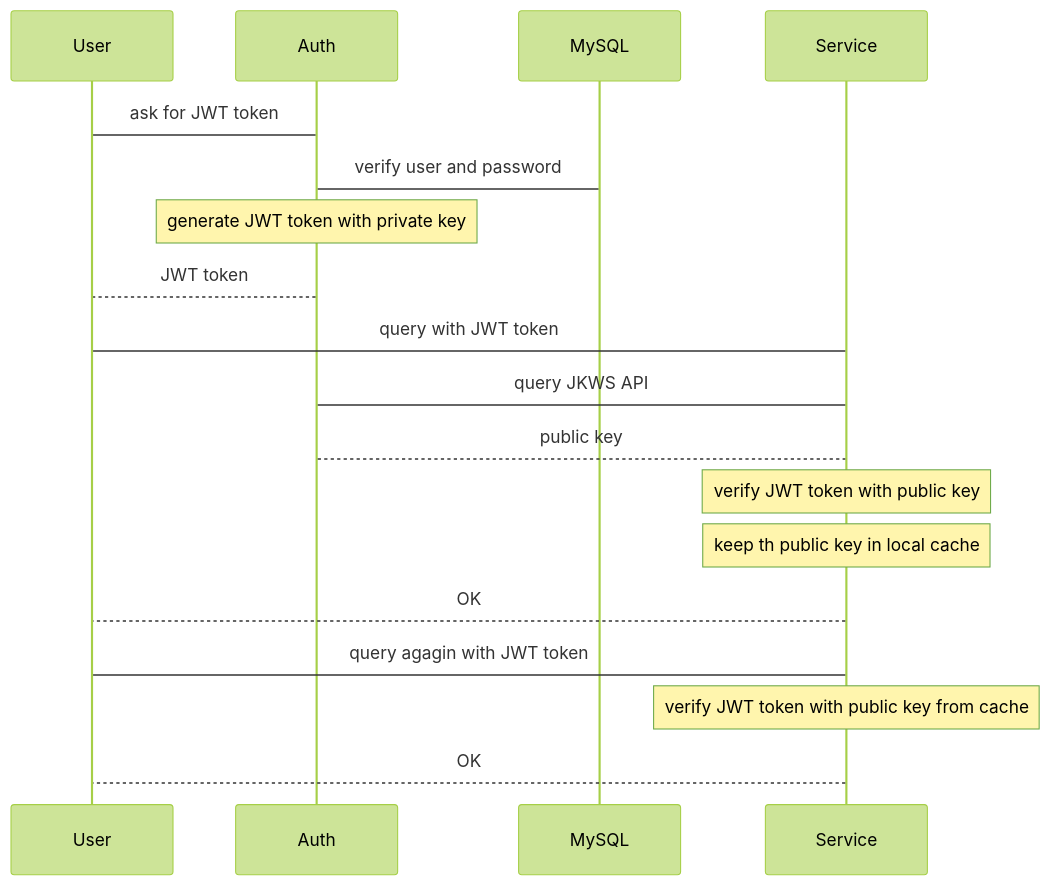
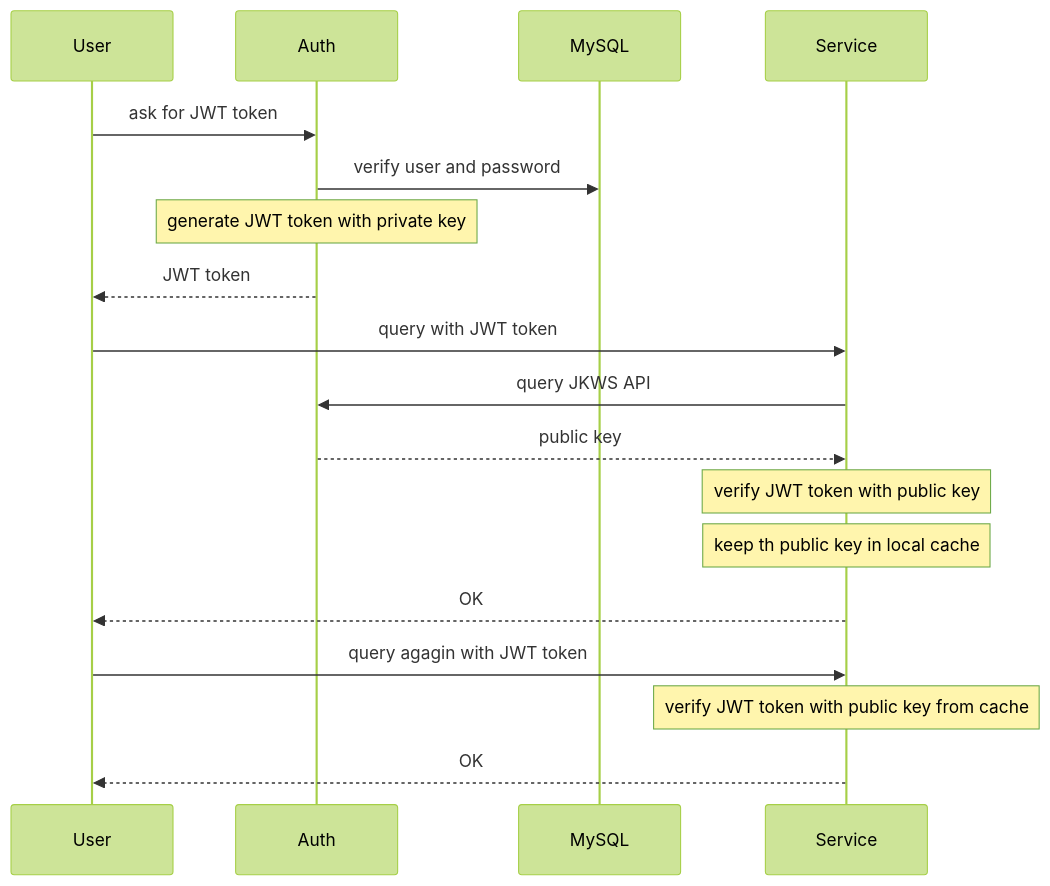
The second of 2 diagrams in design/scenario/security/auth/JWT 產生以及驗證.md (CheHsuan/backend101), drawn with Mermaid (forest theme) before and after one commit. The commit also changed other lines of this file, not shown here.

Commit message:
Update JWT 產生以及驗證.md

````diff
--- a/design/scenario/security/auth/JWT 產生以及驗證.md
+++ b/design/scenario/security/auth/JWT 產生以及驗證.md
@@ -70,16 +70,16 @@
 ``` mermaid
 sequenceDiagram
-User->Auth: ask for JWT token
-Auth->MySQL: verify user and password
+User->>Auth: ask for JWT token
+Auth->>MySQL: verify user and password
 Note over Auth: generate JWT token with private key
-Auth-->User: JWT token
-User->Service: query with JWT token
-Service->Auth: query JKWS API
-Auth-->Service: public key
+Auth-->>User: JWT token
+User->>Service: query with JWT token
+Service->>Auth: query JKWS API
+Auth-->>Service: public key
 Note over Service: verify JWT token with public key
 Note over Service: keep th public key in local cache
-Service-->User: OK
-User->Service: query agagin with JWT token
+Service-->>User: OK
+User->>Service: query agagin with JWT token
 Note over Service: verify JWT token with public key from cache
-Service-->User: OK
+Service-->>User: OK
 ```
````
